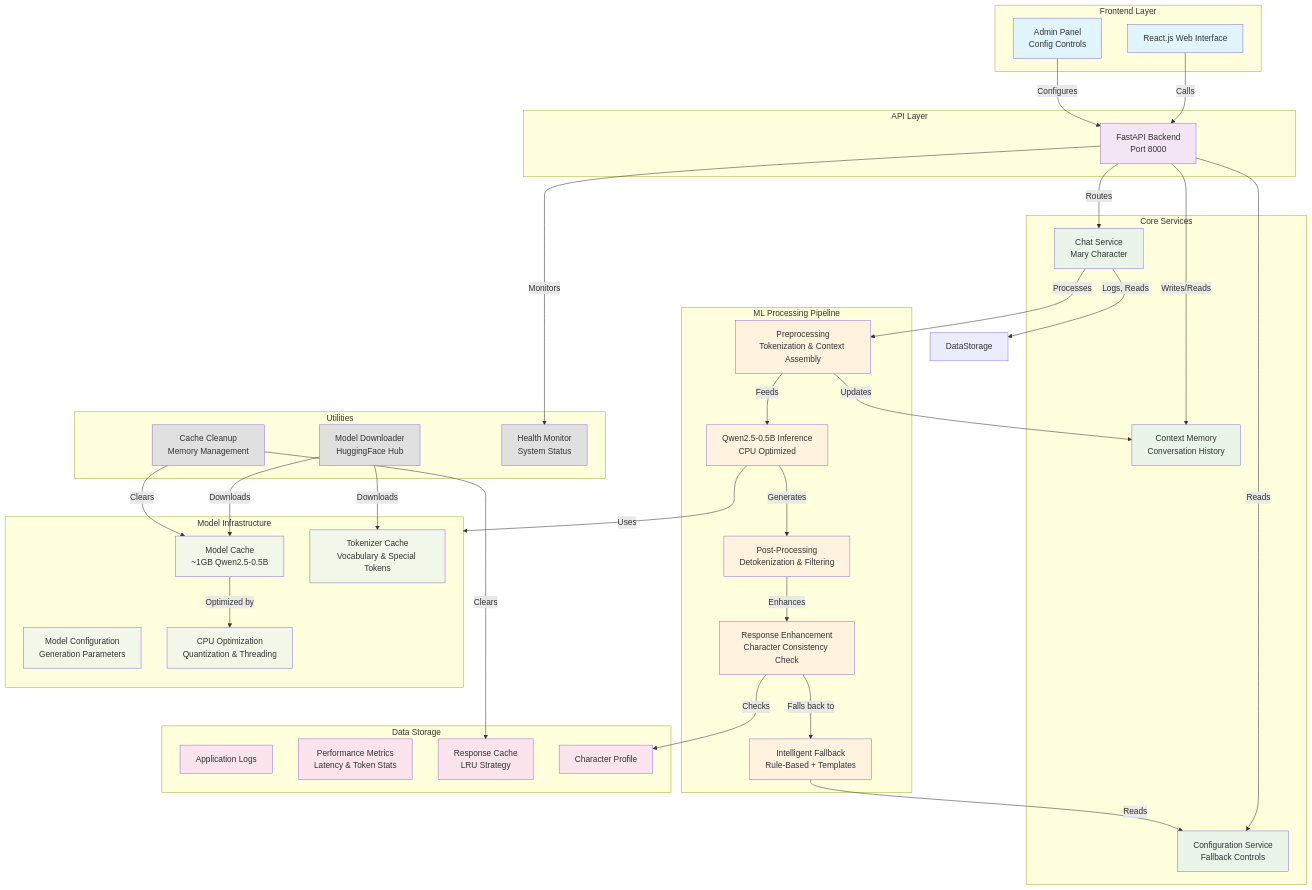
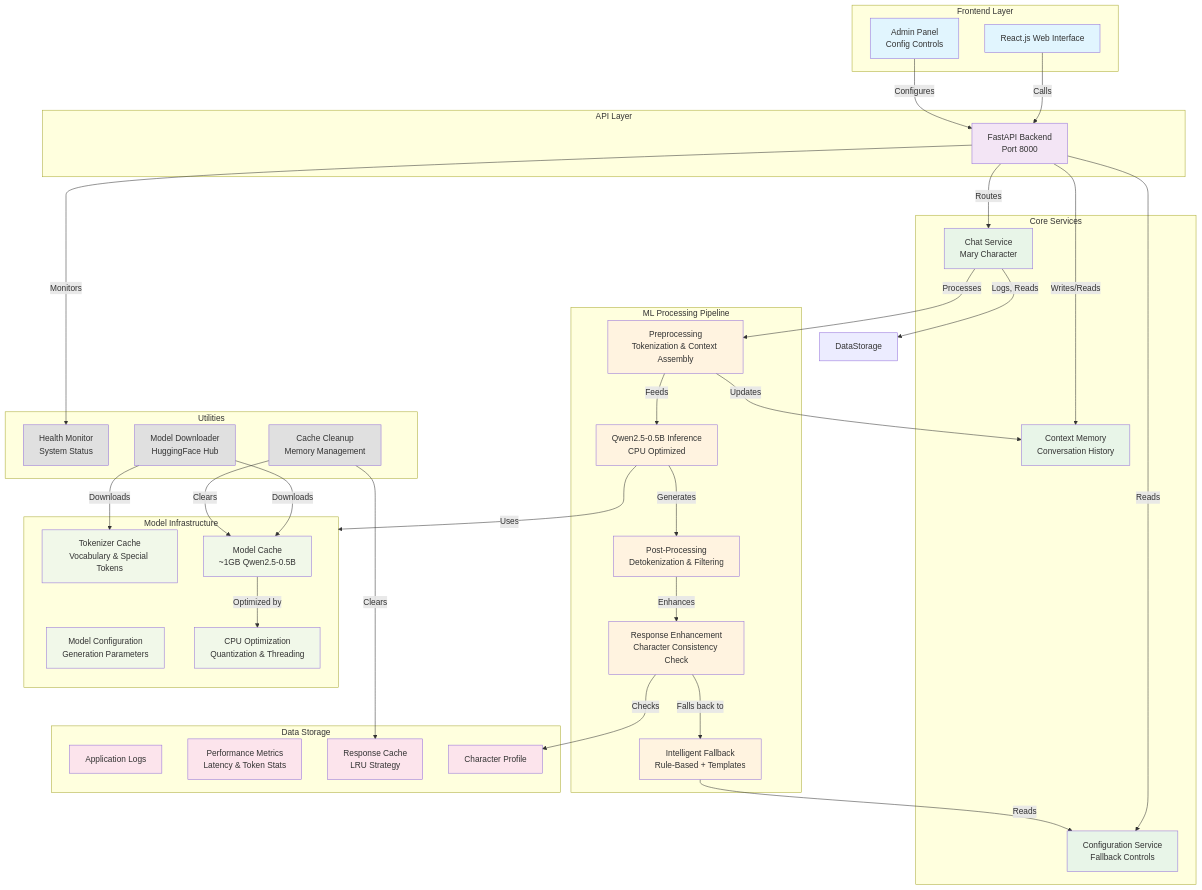
The diagram in project.mmd (shaf-aston/FYP-sales-training-tool), drawn with Mermaid before and after one commit. The commit also changed other lines of this file, not shown here.

```diff
--- a/project.mmd
+++ b/project.mmd
@@ -1,86 +1,86 @@
 flowchart TB
  subgraph subGraph0["Frontend Layer"]
         UI["React.js Web Interface"]
         Admin["Admin Panel<br>Config Controls"]
   end
  subgraph subGraph1["API Layer"]
         API["FastAPI Backend<br>Port 8000"]
   end
  subgraph subGraph2["Core Services"]
         Chat["Chat Service<br>Mary Character"]
         Config["Configuration Service<br>Fallback Controls"]
         Memory["Context Memory<br>Conversation History"]
   end
  subgraph subGraph3["ML Processing Pipeline"]
         PreProc["Preprocessing<br>Tokenization &amp; Context Assembly"]
         Inference["Qwen2.5-0.5B Inference<br>CPU Optimized"]
         PostProc["Post-Processing<br>Detokenization &amp; Filtering"]
         Enhanced["Response Enhancement<br>Character Consistency Check"]
         Fallback["Intelligent Fallback<br>Rule-Based + Templates"]
   end
  subgraph subGraph4["Model Infrastructure"]
+        Tokenizer["Tokenizer Cache<br>Vocabulary &amp; Special Tokens"]
         ModelCache["Model Cache<br>~1GB Qwen2.5-0.5B"]
-        Tokenizer["Tokenizer Cache<br>Vocabulary &amp; Special Tokens"]
         ModelConfig["Model Configuration<br>Generation Parameters"]
         Optimizer["CPU Optimization<br>Quantization &amp; Threading"]
   end
  subgraph subGraph5["Data Storage"]
         Logs["Application Logs<br>"]
         Stats["Performance Metrics<br>Latency &amp; Token Stats"]
         Cache["Response Cache<br>LRU Strategy"]
         Profile["Character Profile<br>"]
   end
  subgraph Utilities["Utilities"]
+        Health["Health Monitor<br>System Status"]
+        Cleanup["Cache Cleanup<br>Memory Management"]
         Download["Model Downloader<br>HuggingFace Hub"]
-        Cleanup["Cache Cleanup<br>Memory Management"]
-        Health["Health Monitor<br>System Status"]
   end
     UI -- Calls --> API
     Admin -- Configures --> API
     API -- Routes --> Chat
     API -- Reads --> Config
     API -- Writes/Reads --> Memory
     API -- Monitors --> Health
     Chat -- Processes --> PreProc
     PreProc -- Feeds --> Inference
     Inference -- Generates --> PostProc
     PostProc -- Enhances --> Enhanced
     Enhanced -- Falls back to --> Fallback
     ModelCache -- Optimized by --> Optimizer
     Chat -- Logs, Reads --> DataStorage["DataStorage"]
     Download -- Downloads --> ModelCache & Tokenizer
     Cleanup -- Clears --> ModelCache & Cache
     PreProc -- Updates --> Memory
     Fallback -- Reads --> Config
     Enhanced -- Checks --> Profile
     Inference -- Uses --> subGraph4
 
      UI:::frontend
      Admin:::frontend
      API:::api
      Chat:::core
      Config:::core
      Memory:::core
      PreProc:::ml
      Inference:::ml
      PostProc:::ml
      Enhanced:::ml
      Fallback:::ml
      ModelCache:::model
      Tokenizer:::model
      ModelConfig:::model
      Optimizer:::model
      Logs:::data
      Stats:::data
      Cache:::data
      Profile:::data
      Download:::utils
      Cleanup:::utils
      Health:::utils
     classDef frontend fill:#e1f5fe
     classDef api fill:#f3e5f5
     classDef core fill:#e8f5e8
     classDef ml fill:#fff3e0
     classDef model fill:#f1f8e9
     classDef data fill:#fce4ec
     classDef utils fill:#e0e0e0
```
